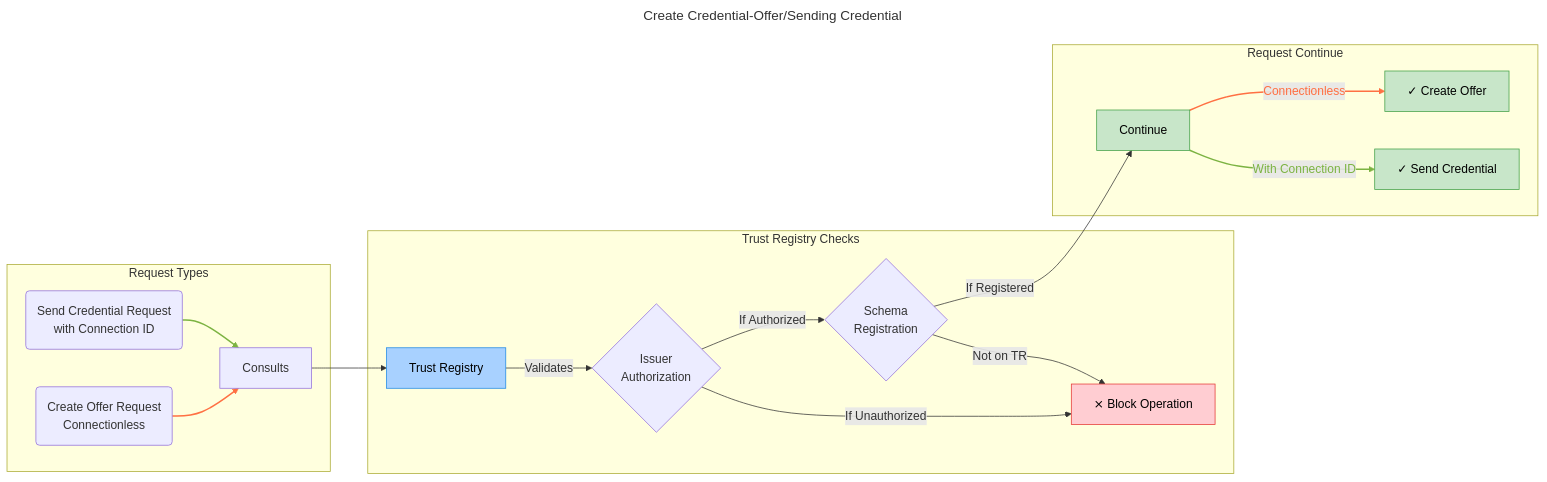
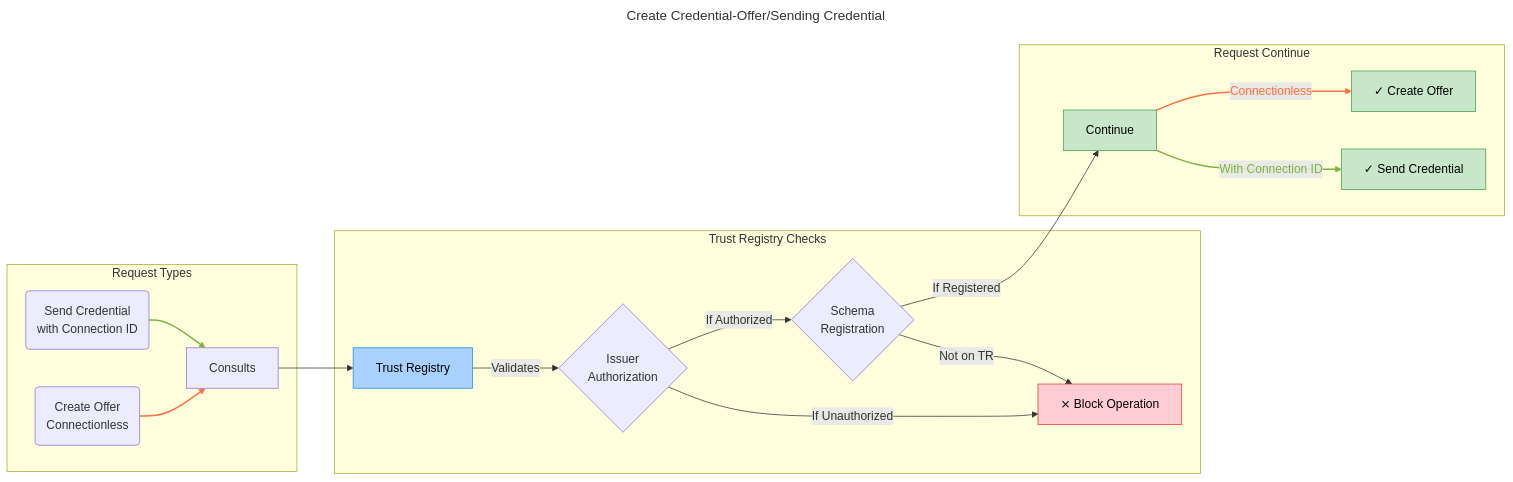
The second of 5 diagrams in docs/Trust Registry.md (didx-xyz/aries-cloudapi-python), drawn with Mermaid before and after one commit. The commit also changed other lines of this file, not shown here.

Commit message:
some minor edits

````diff
--- a/docs/Trust Registry.md
+++ b/docs/Trust Registry.md
@@ -91,34 +91,34 @@
 ```mermaid
 ---
 title: Create Credential-Offer/Sending Credential
 ---
 flowchart LR
     subgraph Request Types
-        App1(Create Offer Request <br> Connectionless) --> Consults[Consults]
-        App2(Send Credential Request<br>with Connection ID) --> Consults[Consults]
+        App1(Create Offer <br> Connectionless) --> Consults[Consults]
+        App2(Send Credential <br> with Connection ID) --> Consults[Consults]
     end
     subgraph Trust Registry Checks
       Consults --> TR
       TR[Trust Registry] -- Validates --> Check1{Issuer<br>Authorization}
       Check1 -->|If Unauthorized| Block[⨯ Block Operation]
       Check1 -->|If Authorized| Check2{Schema<br>Registration}
       Check2 -->|Not on TR| Block
     end
     Check2 -->|If Registered| Proceed[Continue]
     
 
     subgraph Request Continue
       Proceed -->|Connectionless| Continue1[✓ Create Offer]
       Proceed -->|With Connection ID| Continue2[✓ Send Credential]
     end
 
     linkStyle 0,8 stroke:#ff7043,color:#ff7043, stroke-width:2
     linkStyle 1,9 stroke:#7cb342,color:#7cb342,stroke-width:2
     
     style TR fill:#a8d1ff,stroke:#1e88e5,color:black
     style Block fill:#ffcdd2,stroke:#e53935,color:black
     style Continue1 fill:#c8e6c9,stroke:#43a047,color:black
     style Continue2 fill:#c8e6c9,stroke:#43a047,color:black
     style Proceed fill:#c8e6c9,stroke:#43a047,color:black
 
 ```
````
